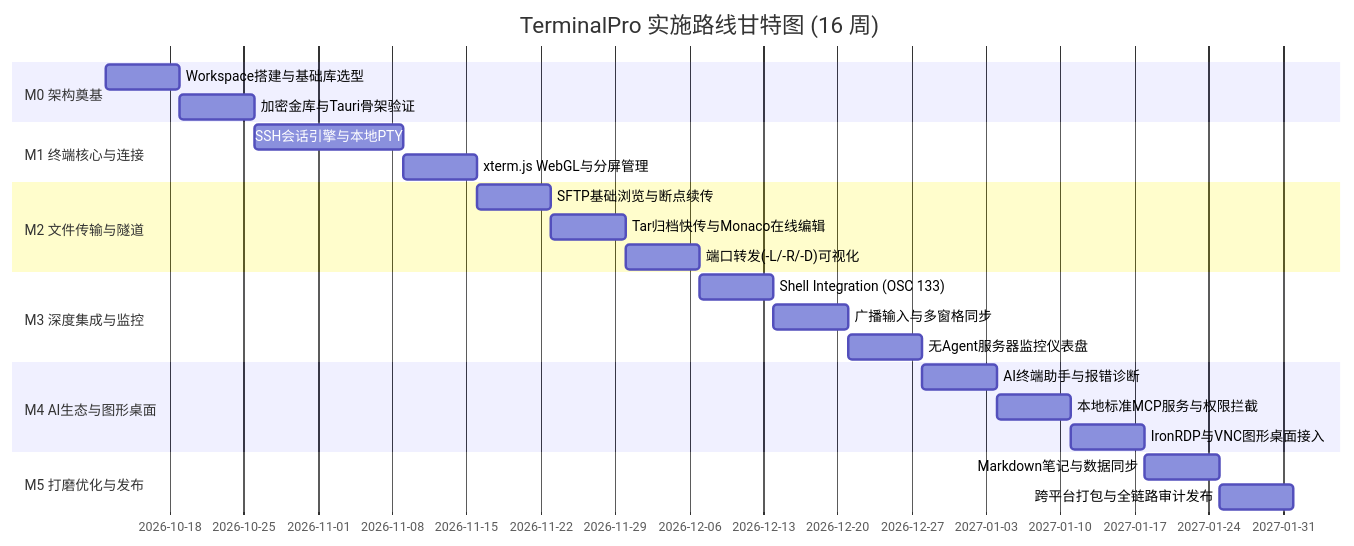
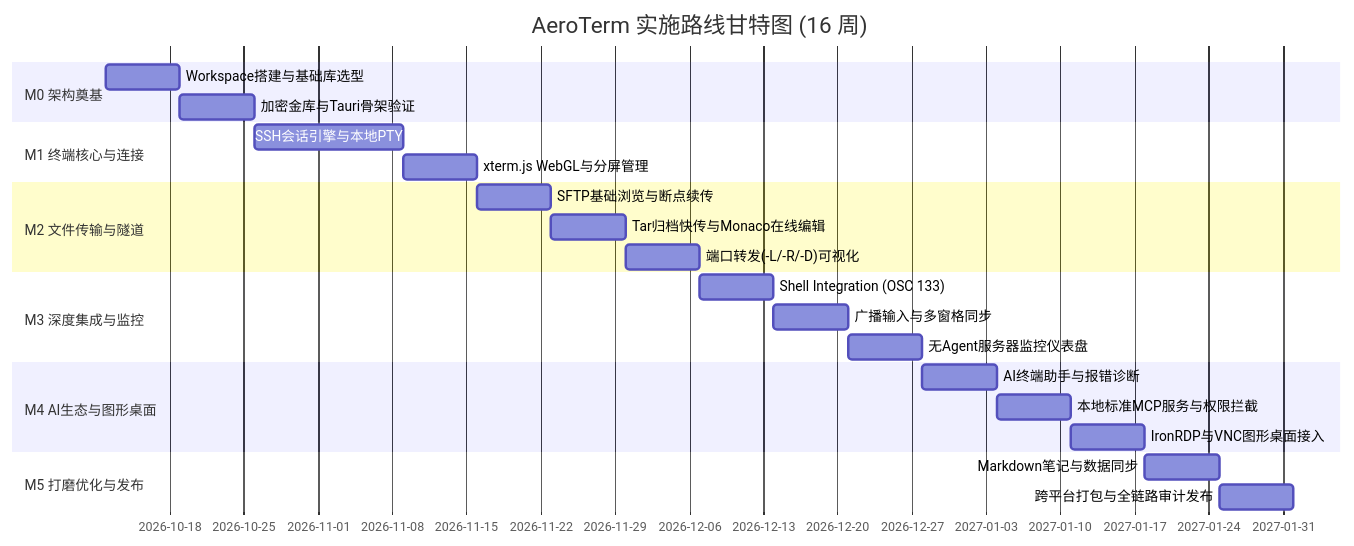
The second of 2 diagrams in doc/product_roadmap_and_schedule.md (zxrneu/aeroterm), drawn with Mermaid before and after one commit. The commit also changed other lines of this file and 2 other files, not shown here.

````diff
--- a/doc/product_roadmap_and_schedule.md
+++ b/doc/product_roadmap_and_schedule.md
@@ -302,26 +301,26 @@
 ```mermaid
 gantt
-    title TerminalPro 实施路线甘特图 (16 周)
+    title AeroTerm 实施路线甘特图 (16 周)
     dateFormat  YYYY-MM-DD
     section M0 架构奠基
     Workspace搭建与基础库选型     :m0_1, 2026-10-12, 1w
     加密金库与Tauri骨架验证       :m0_2, after m0_1, 1w
     section M1 终端核心与连接
     SSH会话引擎与本地PTY          :m1_1, after m0_2, 2w
     xterm.js WebGL与分屏管理      :m1_2, after m1_1, 1w
     section M2 文件传输与隧道
     SFTP基础浏览与断点续传        :m2_1, after m1_2, 1w
     Tar归档快传与Monaco在线编辑   :m2_2, after m2_1, 1w
     端口转发(-L/-R/-D)可视化      :m2_3, after m2_2, 1w
     section M3 深度集成与监控
     Shell Integration (OSC 133)   :m3_1, after m2_3, 1w
     广播输入与多窗格同步          :m3_2, after m3_1, 1w
     无Agent服务器监控仪表盘       :m3_3, after m3_2, 1w
     section M4 AI生态与图形桌面
     AI终端助手与报错诊断          :m4_1, after m3_3, 1w
     本地标准MCP服务与权限拦截     :m4_2, after m4_1, 1w
     IronRDP与VNC图形桌面接入      :m4_3, after m4_2, 1w
     section M5 打磨优化与发布
     Markdown笔记与数据同步        :m5_1, after m4_3, 1w
     跨平台打包与全链路审计发布    :m5_2, after m5_1, 1w
 ```
````
